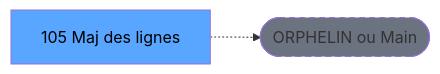
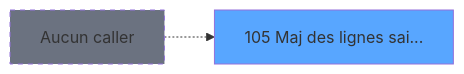
The second of 3 diagrams in .openspec/specs/ADH-IDE-105.md (thonyAGP/lecteur-magic), drawn with Mermaid before and after one commit. The commit also changed other lines of this file and 96 other files, not shown here.

````diff
--- a/.openspec/specs/ADH-IDE-105.md
+++ b/.openspec/specs/ADH-IDE-105.md
@@ -120,8 +278,8 @@
 ```mermaid
 graph LR
-    T[105 Maj des lignes ]
-    ORPHAN([ORPHELIN ou Main])
-    T -.-> ORPHAN
-    style T fill:#58a6ff,color:#000
-    style ORPHAN fill:#6b7280,stroke-dasharray: 5 5
+    T105[105 Maj des lignes sai...]
+    style T105 fill:#58a6ff
+    NONE[Aucun caller]
+    NONE -.-> T105
+    style NONE fill:#6b7280,stroke-dasharray: 5 5
 ```
````
